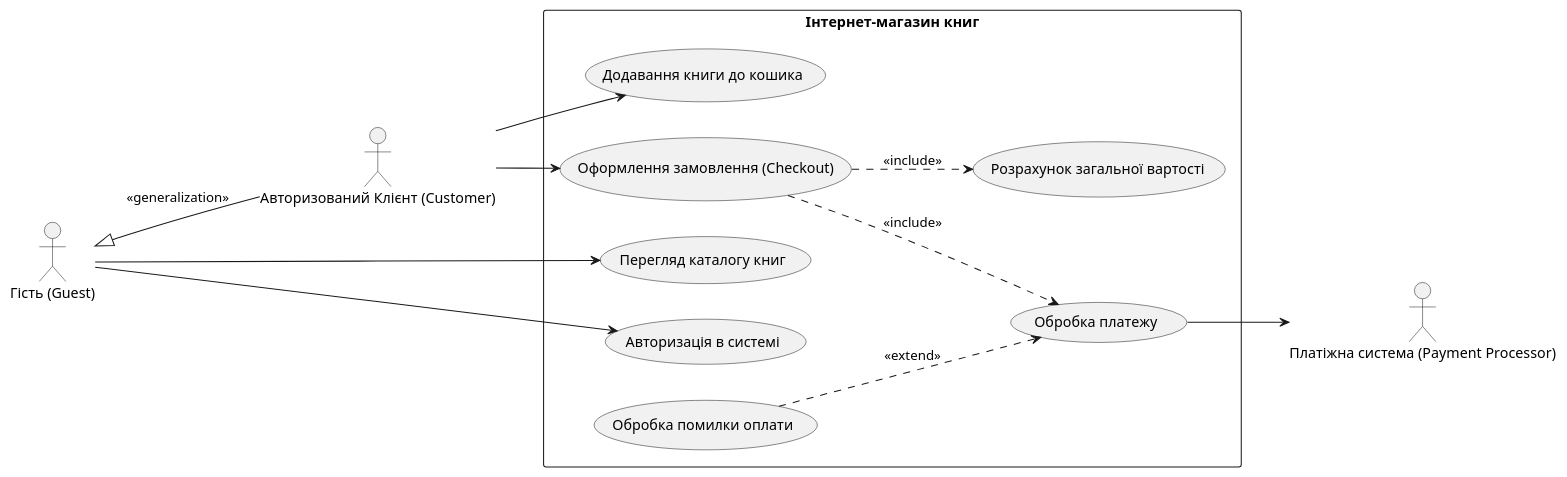
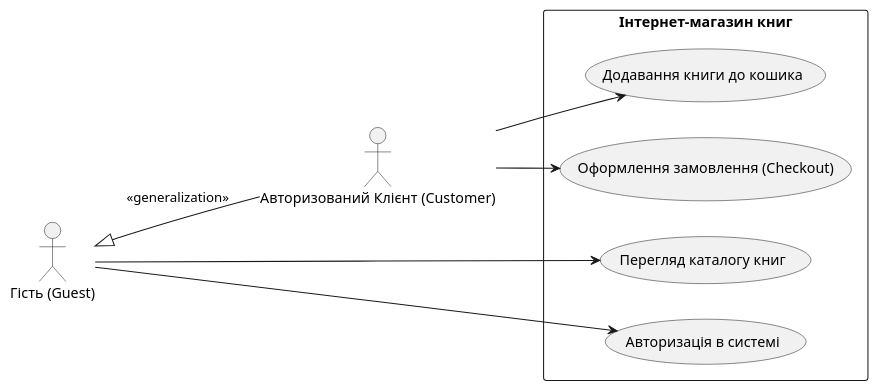
Before and after one commit to thefvl1s/KPI: the diagram in LAB2/usecase_diagram.puml, drawn with PlantUML. The commit also changed 2 other files, not shown here.

```diff
--- a/LAB2/usecase_diagram.puml
+++ b/LAB2/usecase_diagram.puml
@@ -1,30 +1,20 @@
 @startuml
 left to right direction
 
 actor "Гість (Guest)" as Guest
 actor "Авторизований Клієнт (Customer)" as Customer
-actor "Платіжна система (Payment Processor)" as PaymentProcessor
 
 Guest <|-- Customer : <<generalization>>
 
 rectangle "Інтернет-магазин книг" {
     usecase "Перегляд каталогу книг" as UC1
+    usecase "Авторизація в системі" as UC_Login
     usecase "Додавання книги до кошика" as UC2
-    usecase "Авторизація в системі" as UC_Login
     usecase "Оформлення замовлення (Checkout)" as UC3
-    usecase "Розрахунок загальної вартості" as UC_Calc
-    usecase "Обробка платежу" as UC4
-    usecase "Обробка помилки оплати" as UC_Error
 }
 
 Guest --> UC1
 Guest --> UC_Login
 Customer --> UC2
 Customer --> UC3
-
-UC3 ..> UC_Calc : <<include>>
-UC3 ..> UC4 : <<include>>
-UC4 --> PaymentProcessor
-
-UC_Error ..> UC4 : <<extend>>
 @enduml
```
